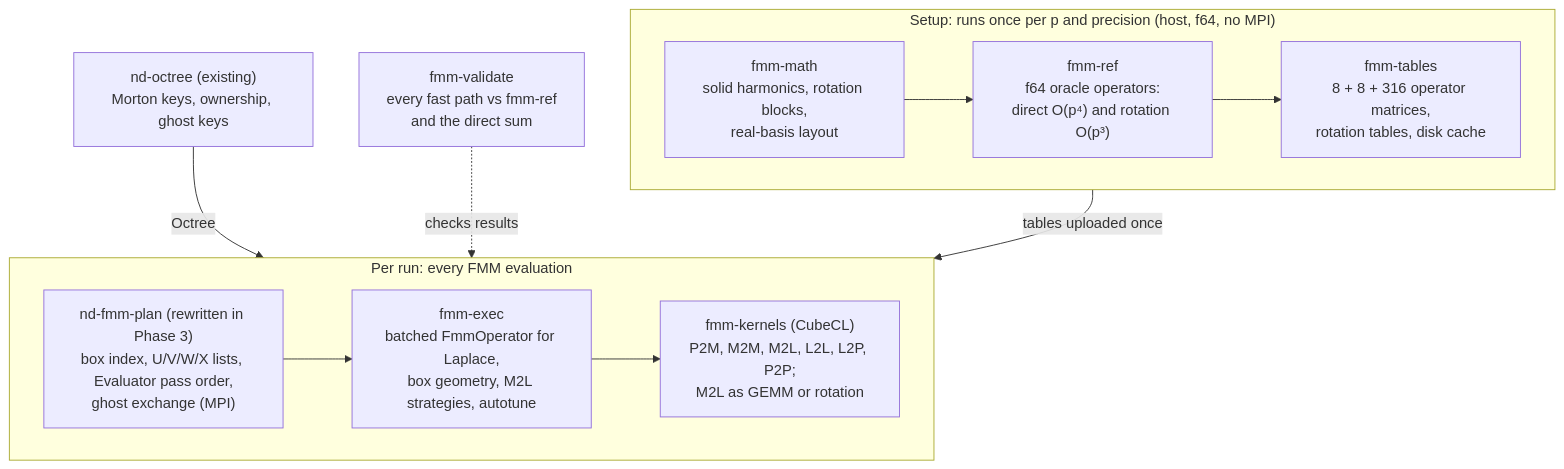
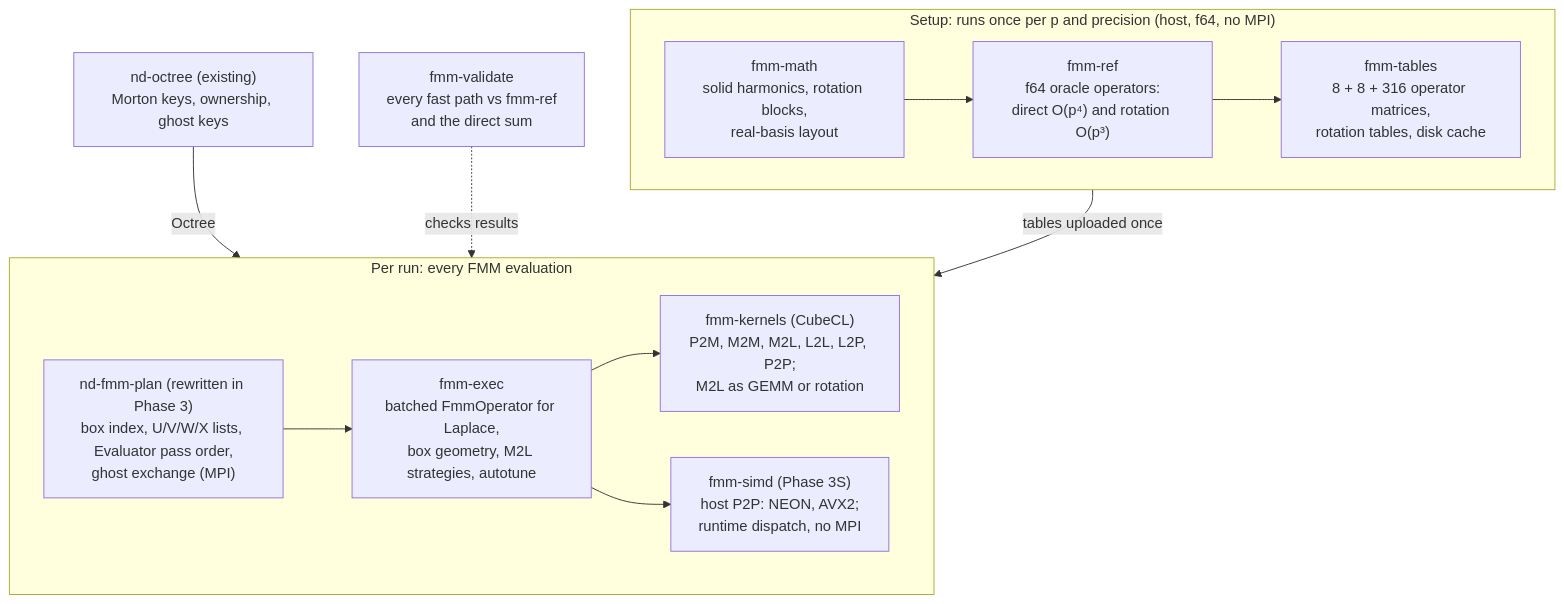
One commit to tbetcke/fmm changed the first of 2 diagrams in docs/design/laplace-fmm-plan.md. Above: the diagram before and after it, drawn with Mermaid. The commit also changed other lines of this file and 10 other files, not shown here.

First line of the commit message:
Plan Phase 3S: hand-written SIMD P2P on the host (NEON, AVX2)

````diff
--- a/docs/design/laplace-fmm-plan.md
+++ b/docs/design/laplace-fmm-plan.md
@@ -432,14 +438,15 @@
 ```mermaid
 flowchart TB
   subgraph setup["Setup: runs once per p and precision (host, f64, no MPI)"]
     direction LR
     math["fmm-math<br/>solid harmonics, rotation blocks,<br/>real-basis layout"] --> ref["fmm-ref<br/>f64 oracle operators:<br/>direct O(p⁴) and rotation O(p³)"] --> tables["fmm-tables<br/>8 + 8 + 316 operator matrices,<br/>rotation tables, disk cache"]
   end
   subgraph run["Per run: every FMM evaluation"]
     direction LR
     plan["nd-fmm-plan (rewritten in Phase 3)<br/>box index, U/V/W/X lists, Evaluator pass order,<br/>ghost exchange (MPI)"] --> exec["fmm-exec<br/>batched FmmOperator for Laplace,<br/>box geometry, M2L strategies, autotune"] --> kernels["fmm-kernels (CubeCL)<br/>P2M, M2M, M2L, L2L, L2P, P2P;<br/>M2L as GEMM or rotation"]
+    exec --> simd["fmm-simd (Phase 3S)<br/>host P2P: NEON, AVX2;<br/>runtime dispatch, no MPI"]
   end
   tables -- "tables uploaded once" --> exec
   octree["nd-octree (existing)<br/>Morton keys, ownership, ghost keys"] -- "Octree" --> plan
   validate["fmm-validate<br/>every fast path vs fmm-ref<br/>and the direct sum"] -. "checks results" .-> exec
 ```
````
